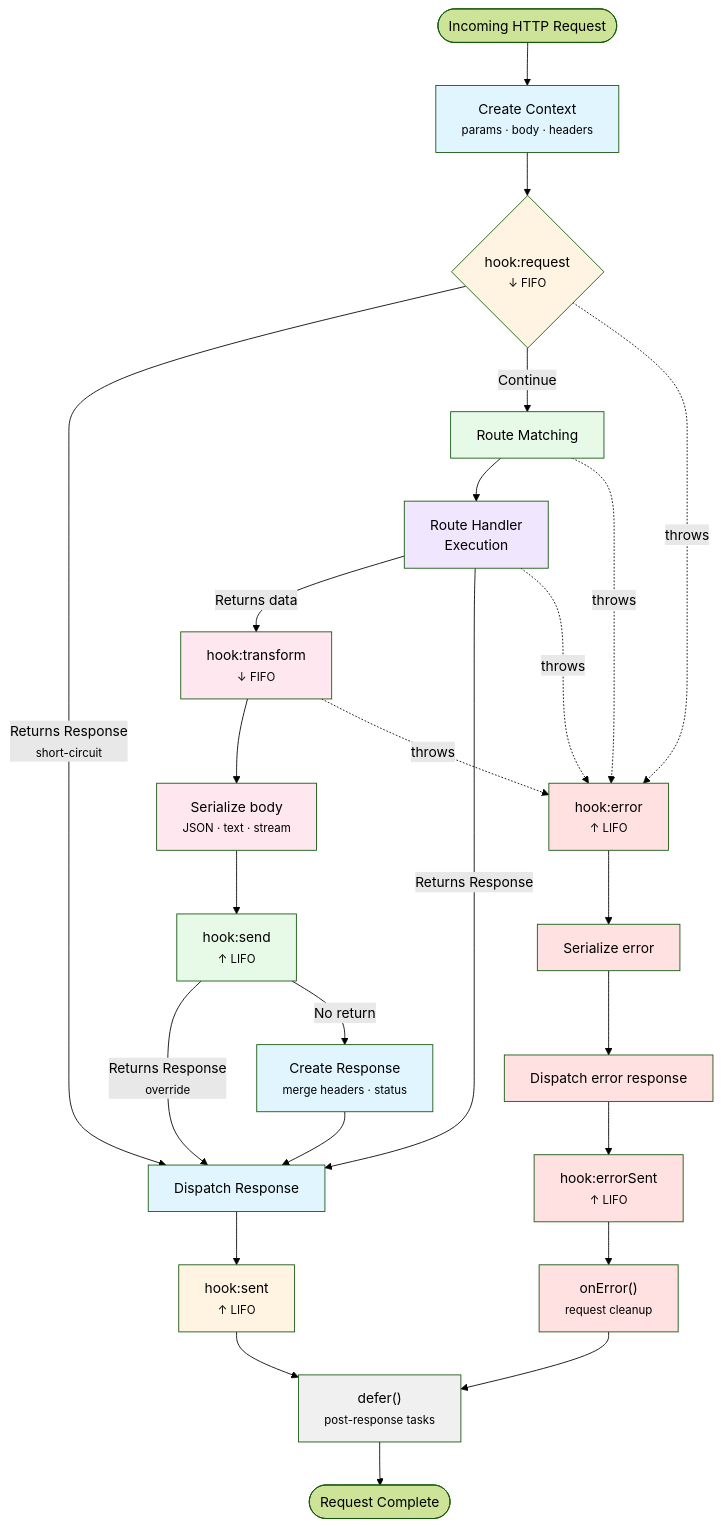
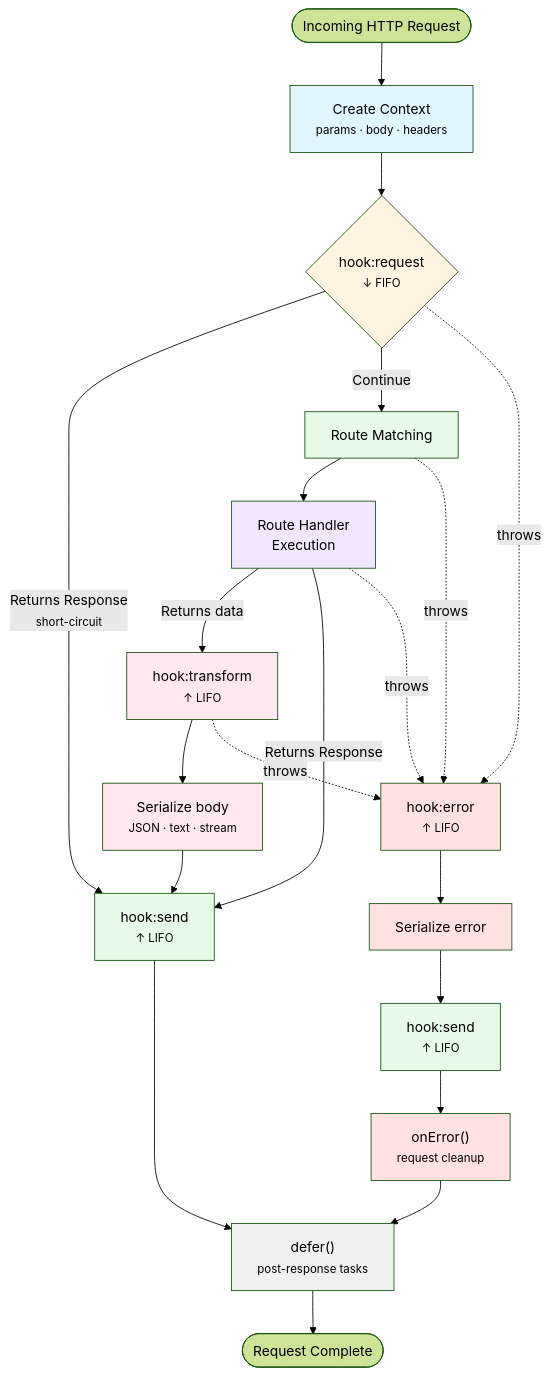
Before and after one commit to minima-js/minimajs: the diagram in docs/core-concepts/diagrams/request-lifecycle.md, drawn with Mermaid (forest theme). The commit also changed 26 other files, not shown here.

Commit message:
response and hook

````diff
--- a/docs/core-concepts/diagrams/request-lifecycle.md
+++ b/docs/core-concepts/diagrams/request-lifecycle.md
@@ -1,61 +1,49 @@
 ```mermaid
 graph TD
     Start([Incoming HTTP Request])
     Start --> CreateCtx["Create Context<br/><small>params · body · headers</small>"]
 
     CreateCtx --> ReqHook{"hook:request<br/><small>↓ FIFO</small>"}
 
-    ReqHook -->|Returns Response<br/><small>short-circuit</small>| FinalResponse
+    ReqHook -->|Returns Response<br/><small>short-circuit</small>| SendHook
     ReqHook -->|Continue| RouteMatch["Route Matching"]
 
     RouteMatch --> Handler["Route Handler<br/>Execution"]
 
-    Handler -->|Returns data| Transform["hook:transform<br/><small>↓ FIFO</small>"]
-    Handler -->|Returns Response| FinalResponse
+    Handler -->|Returns data| Transform["hook:transform<br/><small>↑ LIFO</small>"]
+    Handler -->|Returns Response| SendHook
 
     Transform --> Serialize["Serialize body<br/><small>JSON · text · stream</small>"]
 
     Serialize --> SendHook["hook:send<br/><small>↑ LIFO</small>"]
 
-    SendHook -->|Returns Response<br/><small>override</small>| FinalResponse
-    SendHook -->|No return| CreateResp["Create Response<br/><small>merge headers · status</small>"]
-
-    CreateResp --> FinalResponse["Dispatch Response"]
-
-    FinalResponse --> SentHook["hook:sent<br/><small>↑ LIFO</small>"]
-    SentHook --> Defer["defer()<br/><small>post-response tasks</small>"]
+    SendHook --> Defer["defer()<br/><small>post-response tasks</small>"]
     Defer --> Complete([Request Complete])
 
     %% Error Flow
     ReqHook -.->|throws| ErrorHook
     RouteMatch -.->|throws| ErrorHook
     Handler -.->|throws| ErrorHook
     Transform -.->|throws| ErrorHook
 
     ErrorHook["hook:error<br/><small>↑ LIFO</small>"]
         --> SerializeErr["Serialize error"]
-        --> DispatchErr["Dispatch error response"]
-        --> ErrorSent["hook:errorSent<br/><small>↑ LIFO</small>"]
+        --> ErrorSendHook["hook:send<br/><small>↑ LIFO</small>"]
         --> OnError["onError()<br/><small>request cleanup</small>"]
         --> Defer
 
     %% Styling
     style CreateCtx fill:#e1f5ff
     style ReqHook fill:#fff4e1
     style RouteMatch fill:#e7f9e7
     style Handler fill:#f0e7ff
     style Transform fill:#ffe7f0
     style Serialize fill:#ffe7f0
     style SendHook fill:#e7f9e7
-    style CreateResp fill:#e1f5ff
-    style FinalResponse fill:#e1f5ff
-    style SentHook fill:#fff4e1
     style Defer fill:#f0f0f0
 
     style ErrorHook fill:#ffe1e1
     style SerializeErr fill:#ffe1e1
-    style DispatchErr fill:#ffe1e1
-    style ErrorSent fill:#ffe1e1
+    style ErrorSendHook fill:#e7f9e7
     style OnError fill:#ffe1e1
-
 ```
````
